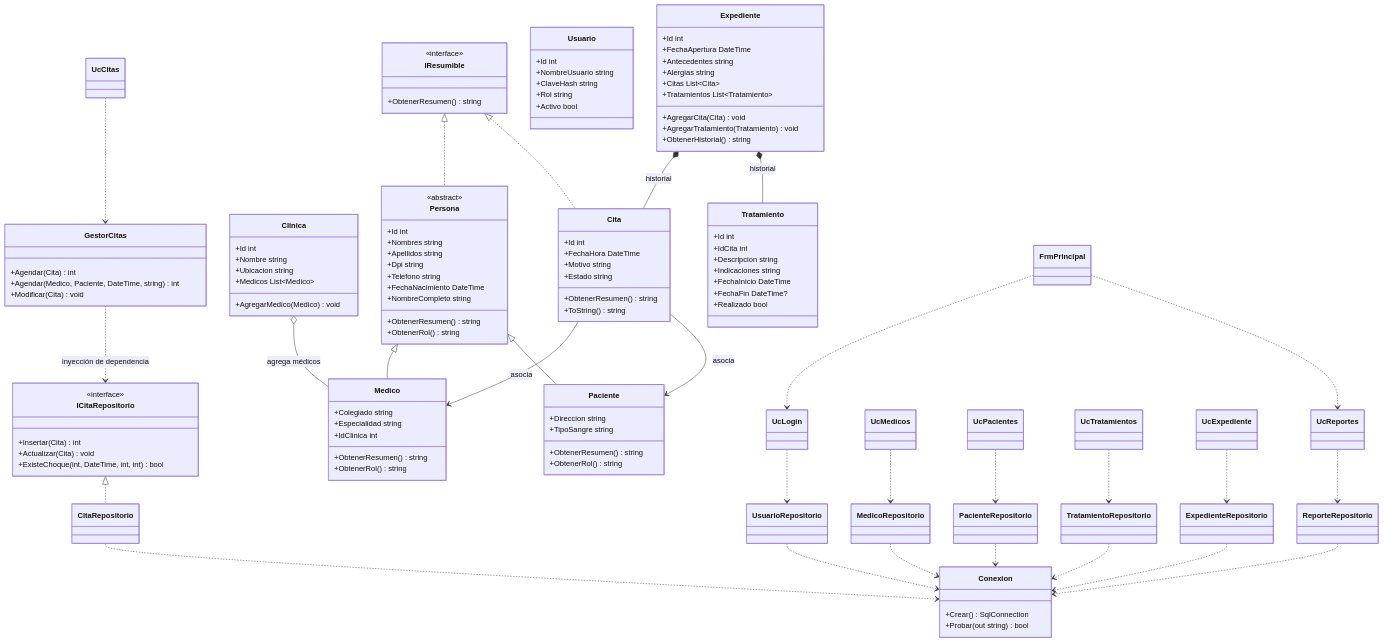
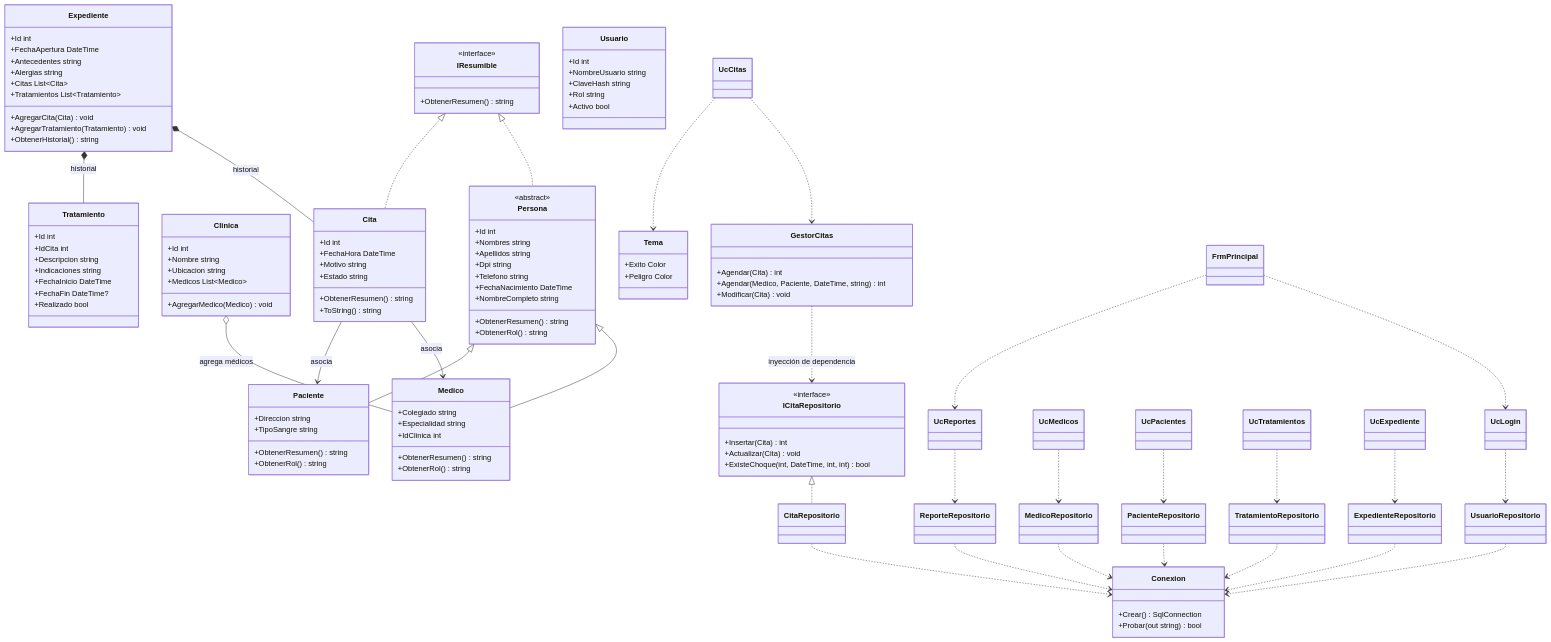
The first of 2 diagrams in Documentacion/InformeRequerimientosYDiagramas.md (AlejandrouUmgGt/GestionClinicaSolution), drawn with Mermaid before and after one commit. The commit also changed other lines of this file and 1 other file, not shown here.

```diff
--- a/Documentacion/InformeRequerimientosYDiagramas.md
+++ b/Documentacion/InformeRequerimientosYDiagramas.md
@@ -123,6 +125,10 @@
         +Crear() SqlConnection
         +Probar(out string) bool
     }
+    class Tema {
+        +Exito Color
+        +Peligro Color
+    }
     class FrmPrincipal
     class UcLogin
     class UcMedicos
@@ -154,6 +160,7 @@
     UcMedicos ..> MedicoRepositorio
     UcPacientes ..> PacienteRepositorio
     UcCitas ..> GestorCitas
+    UcCitas ..> Tema
     UcTratamientos ..> TratamientoRepositorio
     UcExpediente ..> ExpedienteRepositorio
     UcReportes ..> ReporteRepositorio
```
